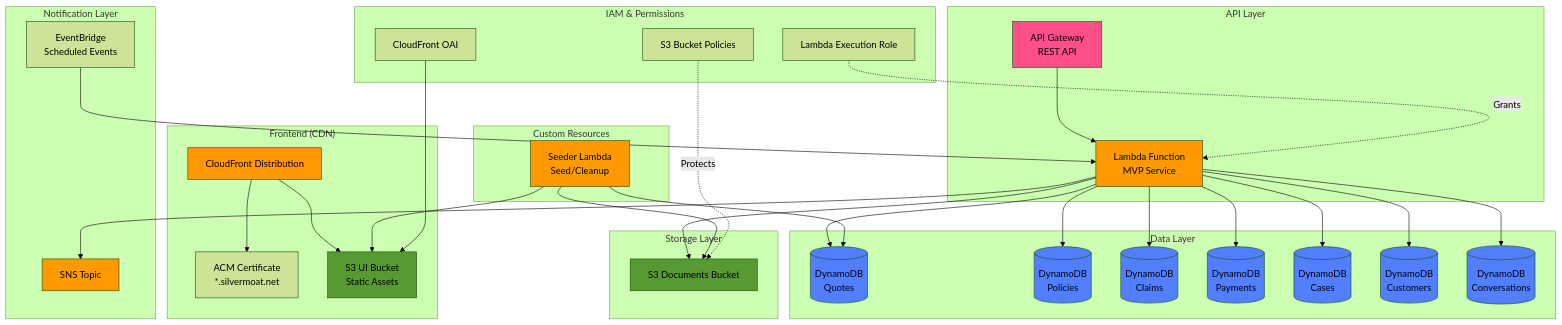
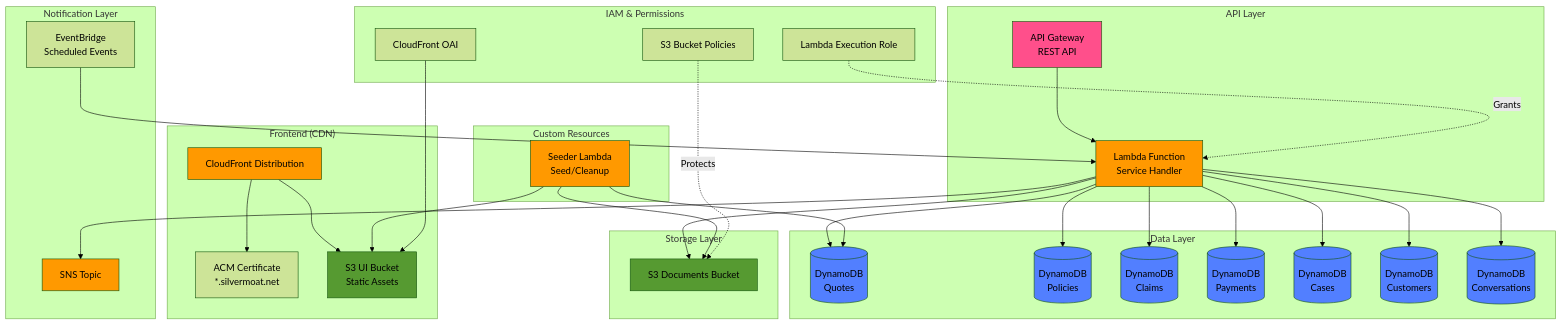
Before and after one commit to SkyflowFoundry/Silvermoat: the third of 15 diagrams in README.md, drawn with Mermaid (forest theme). The commit also changed other lines of this file and 1 other file, not shown here.

Commit message:
Fix mermaid diagram rendering and improve README documentation (#98)

````diff
--- a/README.md
+++ b/README.md
@@ -132,75 +142,75 @@
 ```mermaid
 graph TB
     subgraph "Frontend (CDN)"
         CF[CloudFront Distribution]
         ACM[ACM Certificate<br/>*.silvermoat.net]
         CF --> S3UI[S3 UI Bucket<br/>Static Assets]
     end
 
     subgraph "API Layer"
         APIGW[API Gateway<br/>REST API]
-        APIGW --> Lambda[Lambda Function<br/>MVP Service]
+        APIGW --> Lambda[Lambda Function<br/>Service Handler]
     end
 
     subgraph "Data Layer"
         DDB1[(DynamoDB<br/>Quotes)]
         DDB2[(DynamoDB<br/>Policies)]
         DDB3[(DynamoDB<br/>Claims)]
         DDB4[(DynamoDB<br/>Payments)]
         DDB5[(DynamoDB<br/>Cases)]
         DDB6[(DynamoDB<br/>Customers)]
         DDB7[(DynamoDB<br/>Conversations)]
     end
 
     subgraph "Storage Layer"
         S3Docs[S3 Documents Bucket]
     end
 
     subgraph "Notification Layer"
         SNS[SNS Topic]
         EventBridge[EventBridge<br/>Scheduled Events]
     end
 
     subgraph "Custom Resources"
         Seeder[Seeder Lambda<br/>Seed/Cleanup]
     end
 
     subgraph "IAM & Permissions"
         LambdaRole[Lambda Execution Role]
         BucketPolicy[S3 Bucket Policies]
         CFOriginAccess[CloudFront OAI]
     end
 
     Lambda --> DDB1
     Lambda --> DDB2
     Lambda --> DDB3
     Lambda --> DDB4
     Lambda --> DDB5
     Lambda --> DDB6
     Lambda --> DDB7
     Lambda --> S3Docs
     Lambda --> SNS
     EventBridge --> Lambda
     Seeder --> S3UI
     Seeder --> S3Docs
     Seeder --> DDB1
     CF --> ACM
     CFOriginAccess --> S3UI
     LambdaRole -.->|Grants| Lambda
     BucketPolicy -.->|Protects| S3Docs
 
     style CF fill:#FF9900
     style S3UI fill:#569A31
     style APIGW fill:#FF4F8B
     style Lambda fill:#FF9900
     style DDB1 fill:#527FFF
     style DDB2 fill:#527FFF
     style DDB3 fill:#527FFF
     style DDB4 fill:#527FFF
     style DDB5 fill:#527FFF
     style DDB6 fill:#527FFF
     style DDB7 fill:#527FFF
     style S3Docs fill:#569A31
     style SNS fill:#FF9900
     style Seeder fill:#FF9900
 ```
````
